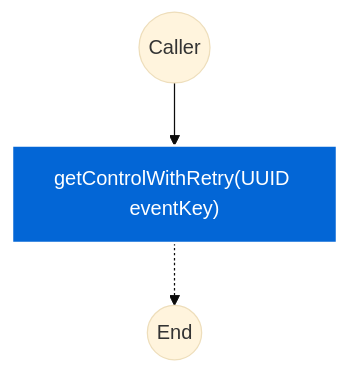
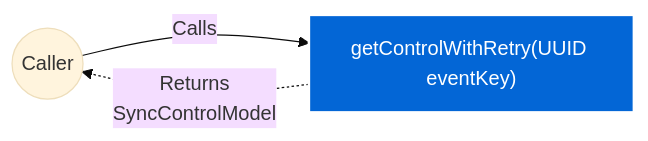
One commit to FelipeMCassiano/geanky changed the eighth of 15 diagrams in docs/CloudSyncUploadService.md. Above: the diagram before and after it, drawn with Mermaid (base theme). The commit also changed other lines of this file and 6 other files, not shown here.

````diff
--- a/docs/CloudSyncUploadService.md
+++ b/docs/CloudSyncUploadService.md
@@ -697,11 +798,9 @@
 ```mermaid
-flowchart TD
+flowchart LR
     classDef methodNode fill:#0366d6,stroke:#fff,stroke-width:2px,color:#fff;
-    classDef callNode fill:#f1f8ff,stroke:#0366d6,color:#24292f;
-    classDef ifNode fill:#fff8c5,stroke:#d73a49,color:#24292f;
-    classDef retNode fill:#28a745,stroke:#fff,color:#fff;
+    Caller(("Caller"))
+    Method["getControlWithRetry(UUID eventKey)"]:::methodNode
 
-    START(("Caller")) --> M_ENTRY["getControlWithRetry(UUID eventKey)"]:::methodNode
-    M_ENTRY -.-> END(("End"))
-
+    Caller -- "Calls" --> Method
+    Method -. "Returns<br>SyncControlModel" .-> Caller
 ```
````
